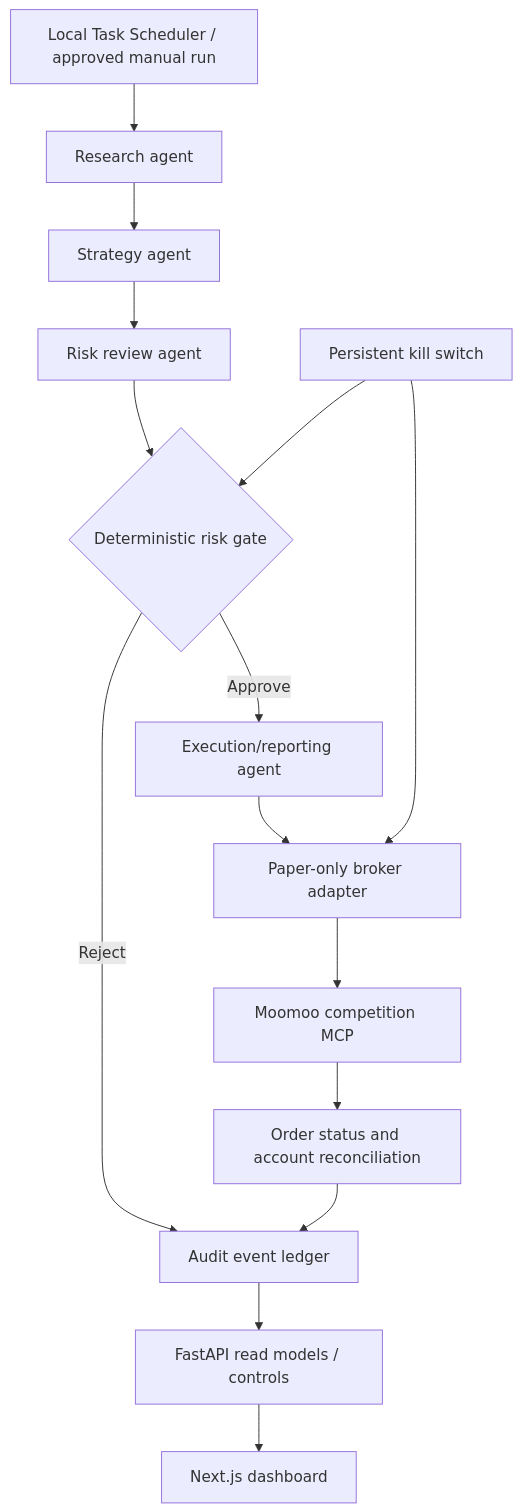
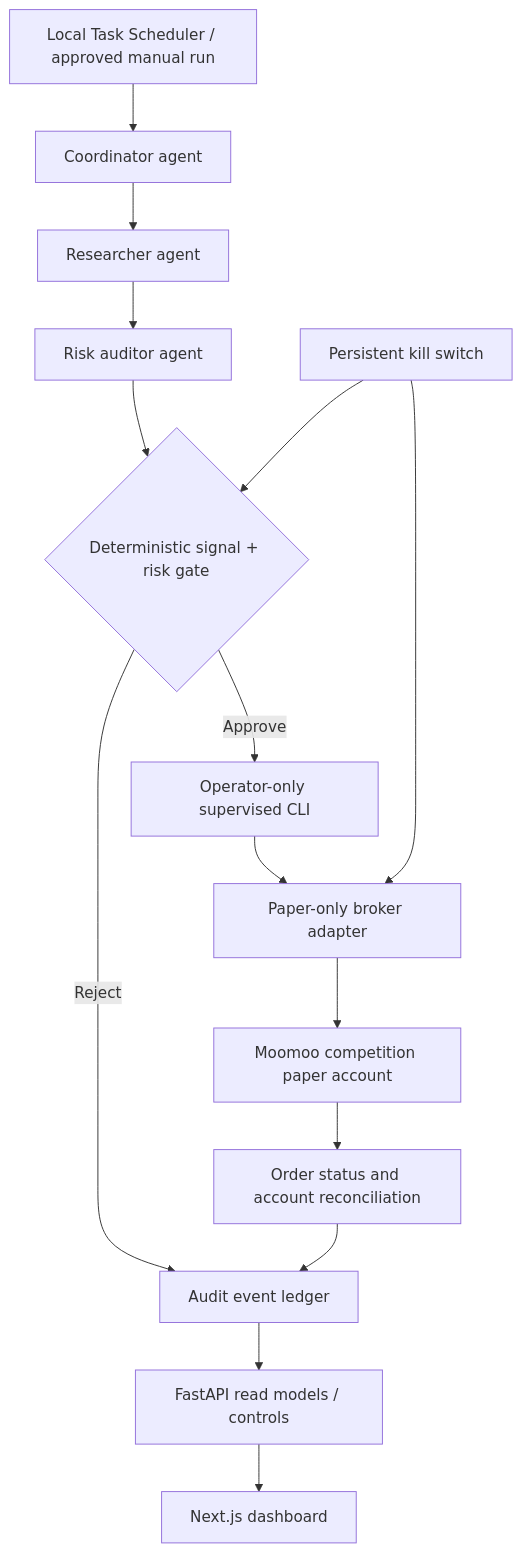
The diagram in docs/architecture.md (realwarrenlee/moomoo-hackathon), drawn with Mermaid before and after one commit. The commit also changed other lines of this file and 602 other files, not shown here.

````diff
--- a/docs/architecture.md
+++ b/docs/architecture.md
@@ -11,17 +11,17 @@
 ```mermaid
 flowchart TD
-    S[Local Task Scheduler / approved manual run] --> R[Research agent]
-    R --> A[Strategy agent]
-    A --> V[Risk review agent]
-    V --> G{Deterministic risk gate}
+    S[Local Task Scheduler / approved manual run] --> A[Coordinator agent]
+    A --> R[Researcher agent]
+    R --> V[Risk auditor agent]
+    V --> G{Deterministic signal + risk gate}
     G -->|Reject| L[Audit event ledger]
-    G -->|Approve| E[Execution/reporting agent]
+    G -->|Approve| E[Operator-only supervised CLI]
     E --> B[Paper-only broker adapter]
-    B --> M[Moomoo competition MCP]
+    B --> M[Moomoo competition paper account]
     M --> C[Order status and account reconciliation]
     C --> L
     L --> API[FastAPI read models / controls]
     API --> UI[Next.js dashboard]
     K[Persistent kill switch] --> G
     K --> B
 ```
````
